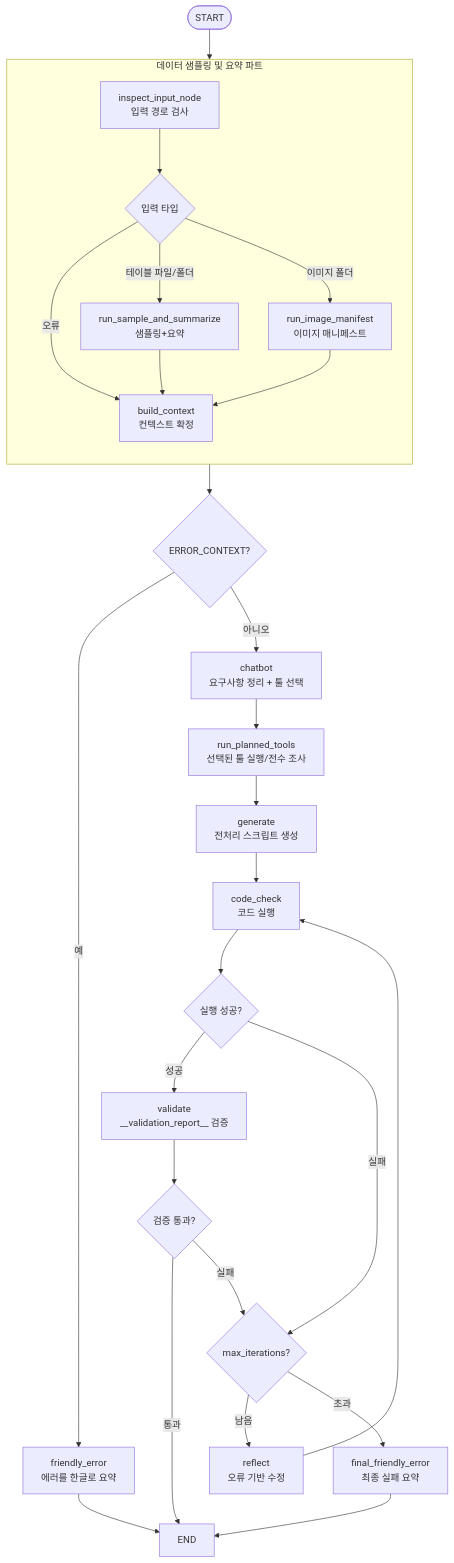
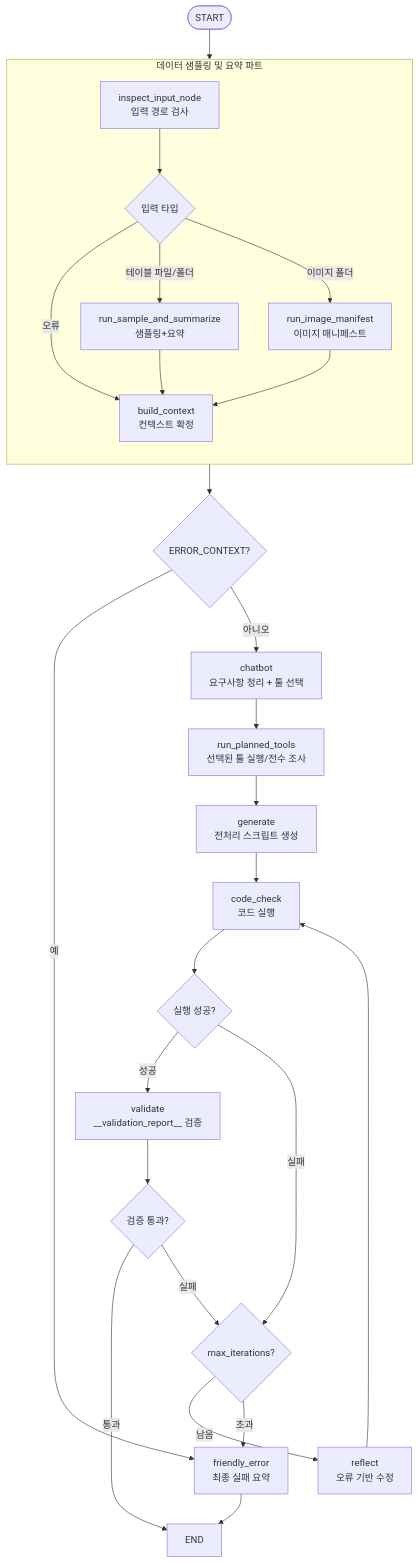
One commit to sonsukwoo/Data_preprocessing_auto changed the third of 3 diagrams in README.md. Above: the diagram before and after it, drawn with Mermaid. The commit also changed other lines of this file and 4 other files, not shown here.

````diff
--- a/README.md
+++ b/README.md
@@ -142,37 +142,36 @@
 ```mermaid
 flowchart TD
   START([START]) --> I0[inspect_input_node<br/>입력 경로 검사]
 
   subgraph INPUT["데이터 샘플링 및 요약 파트"]
     direction TB
     I0 --> D1{입력 타입}
-    D1 -->|이미지 폴더| IMG[run_image_manifest<br/>이미지 매니페스트]
-    D1 -->|테이블 파일/폴더| SAS[run_sample_and_summarize<br/>샘플링+요약]
+  D1 -->|이미지 폴더| IMG[run_image_manifest<br/>이미지 매니페스트]
+  D1 -->|테이블 파일/폴더| SAS[run_sample_and_summarize<br/>샘플링+요약]
     D1 -->|오류| B[build_context<br/>컨텍스트 확정<br/>]
 
     SAS --> B
     IMG --> B
   end
 
   B --> D4{ERROR_CONTEXT?}
   D4 -->|예| FE[friendly_error<br/>에러를 한글로 요약]
   D4 -->|아니오| C[chatbot<br/>요구사항 정리 + 툴 선택]
   C --> TP[run_planned_tools<br/>선택된 툴 실행/전수 조사]
   TP --> G[generate<br/>전처리 스크립트 생성]
 
   G --> E[code_check<br/>코드 실행]
   E --> D5{실행 성공?}
   D5 -->|성공| V[validate<br/>__validation_report__ 검증]
   D5 -->|실패| D{max_iterations?}
 
   V --> D6{검증 통과?}
   D6 -->|통과| END
   D6 -->|실패| D
 
   D -->|남음| RF[reflect<br/>오류 기반 수정]
-  D -->|초과| FFE[final_friendly_error<br/>최종 실패 요약]
+  D -->|초과| FE[friendly_error<br/>최종 실패 요약]
 
   RF --> E
   FE --> END
-  FFE --> END
 ```
````
